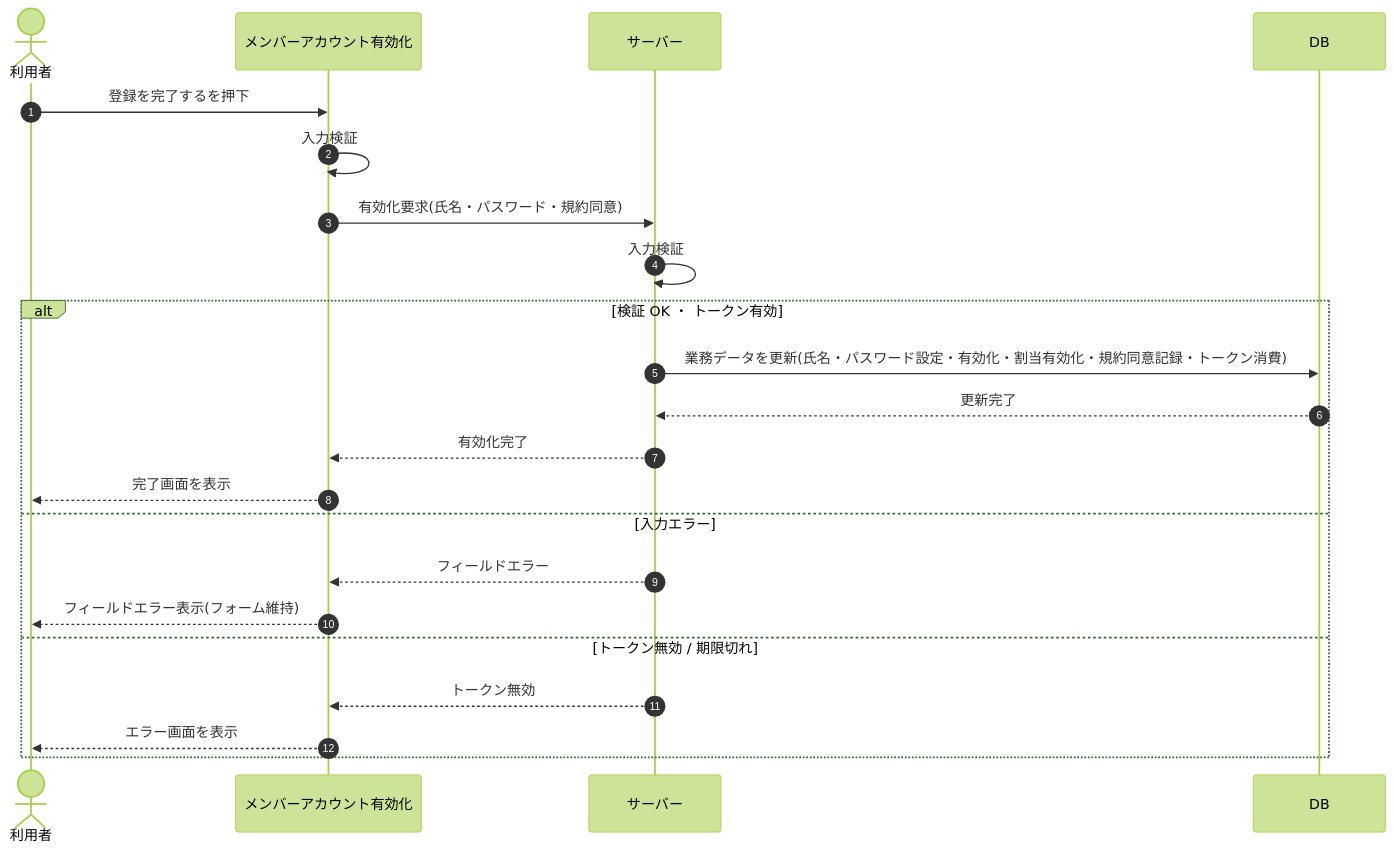
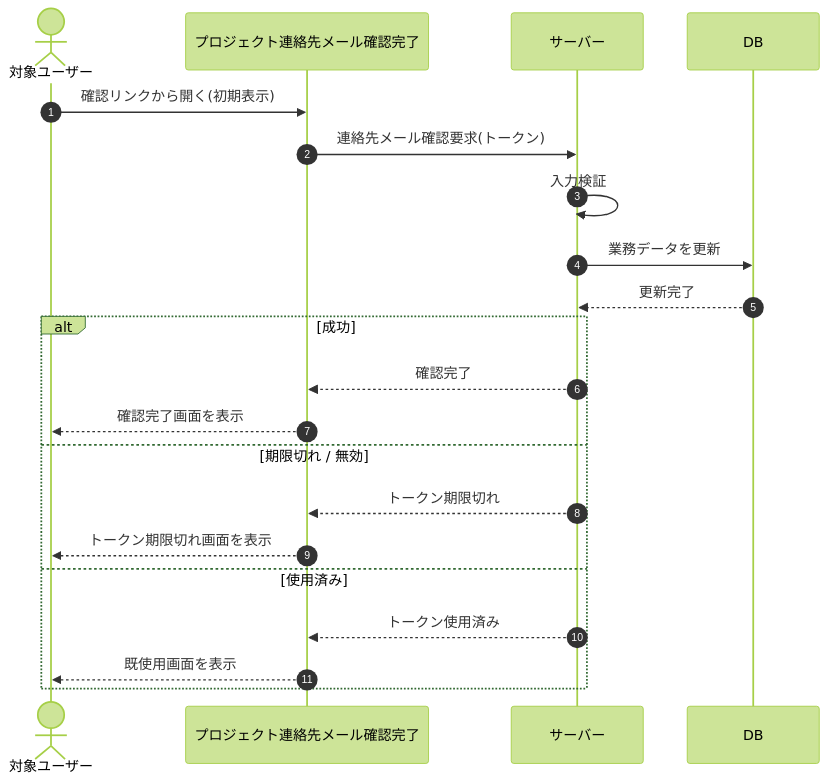
The diagram in 02_basic_design/03_sequences/SEQ-074.md (sikakou54/open-faq), drawn with Mermaid (forest theme) before and after one commit. The commit also changed other lines of this file and 395 other files, not shown here.

````diff
--- a/02_basic_design/03_sequences/SEQ-074.md
+++ b/02_basic_design/03_sequences/SEQ-074.md
@@ -25,24 +25,23 @@
 ```mermaid
 sequenceDiagram
   autonumber
-  actor U as 利用者
-  participant Screen as メンバーアカウント有効化
+  actor U as 対象ユーザー
+  participant Screen as プロジェクト連絡先メール確認完了
   participant Server as サーバー
   participant DB as DB
-  U->>Screen: 登録を完了するを押下
-  Screen->>Screen: 入力検証
-  Screen->>Server: 有効化要求(氏名・パスワード・規約同意)
+  U->>Screen: 確認リンクから開く(初期表示)
+  Screen->>Server: 連絡先メール確認要求(トークン)
   Server->>Server: 入力検証
-  alt 検証 OK ・ トークン有効
-    Server->>DB: 業務データを更新(氏名・パスワード設定・有効化・割当有効化・規約同意記録・トークン消費)
-    DB-->>Server: 更新完了
-    Server-->>Screen: 有効化完了
-    Screen-->>U: 完了画面を表示
-  else 入力エラー
-    Server-->>Screen: フィールドエラー
-    Screen-->>U: フィールドエラー表示(フォーム維持)
-  else トークン無効 / 期限切れ
-    Server-->>Screen: トークン無効
-    Screen-->>U: エラー画面を表示
+  Server->>DB: 業務データを更新
+  DB-->>Server: 更新完了
+  alt 成功
+    Server-->>Screen: 確認完了
+    Screen-->>U: 確認完了画面を表示
+  else 期限切れ / 無効
+    Server-->>Screen: トークン期限切れ
+    Screen-->>U: トークン期限切れ画面を表示
+  else 使用済み
+    Server-->>Screen: トークン使用済み
+    Screen-->>U: 既使用画面を表示
   end
 ```
````
